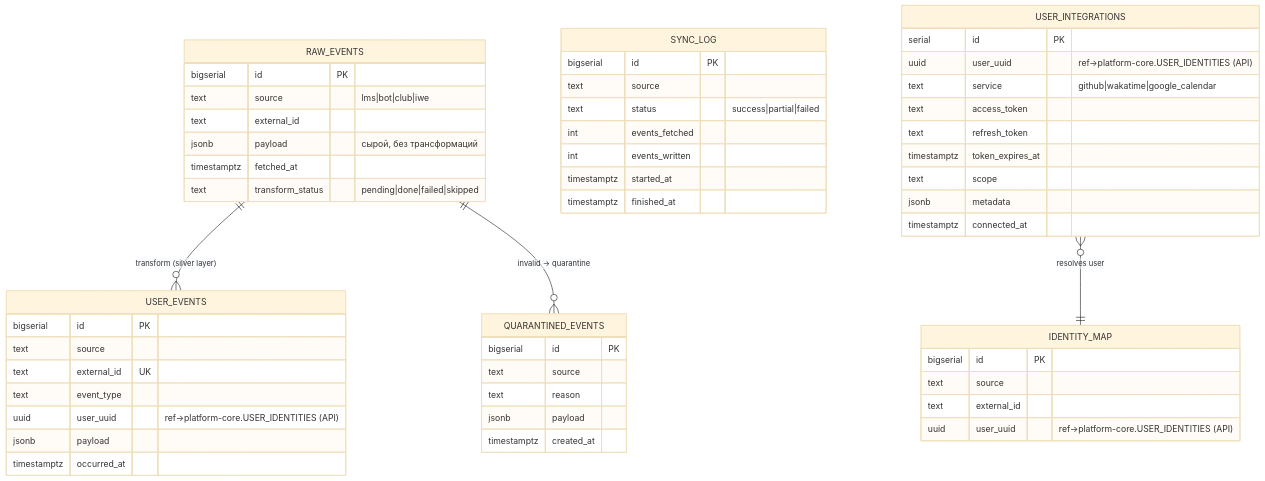
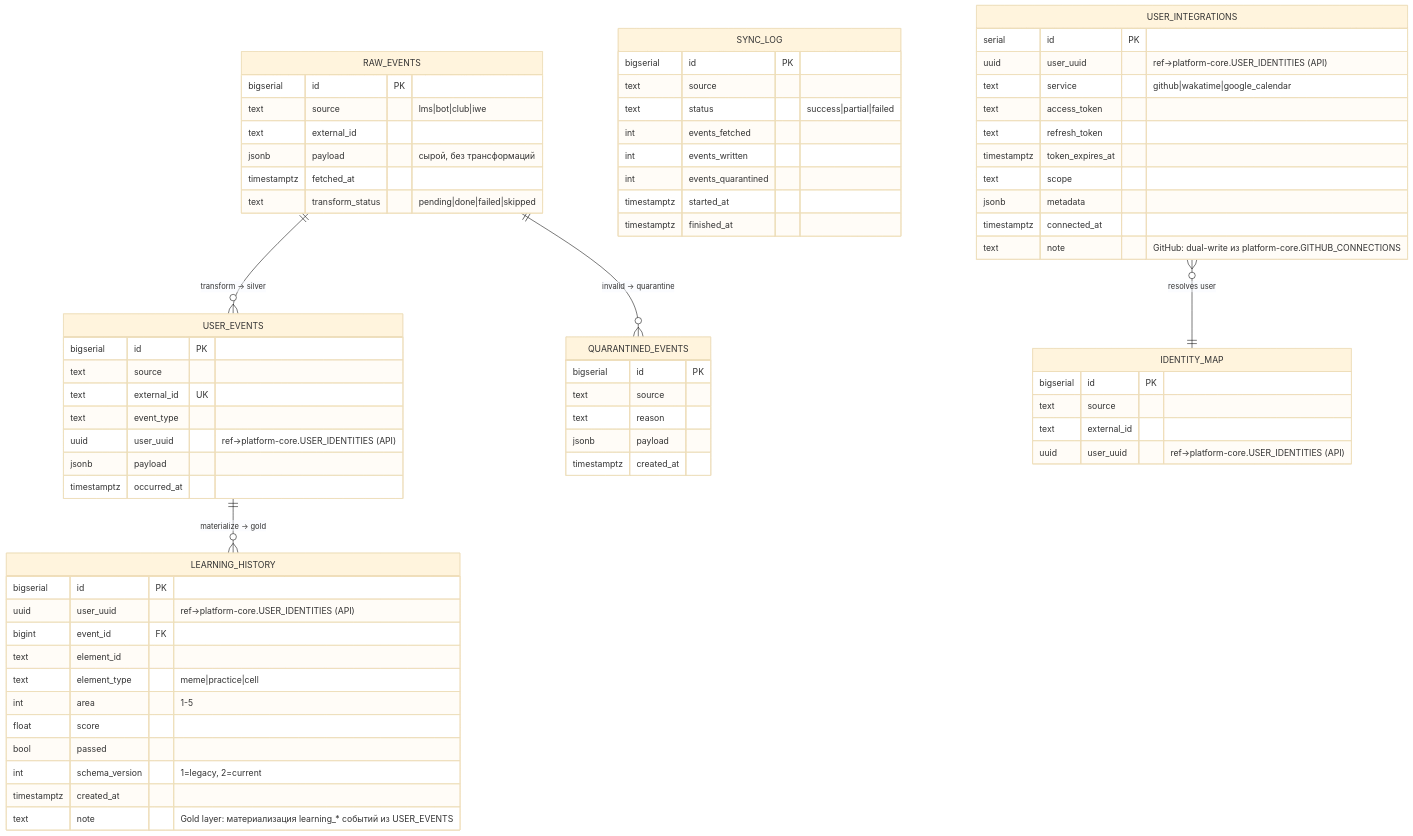
One commit to TserenTserenov/PACK-digital-platform changed the fifth of 8 diagrams in pack/digital-platform/02-domain-entities/DP.ARCH.004-neon-data-architecture.md. Above: the diagram before and after it, drawn with Mermaid (base theme). The commit also changed other lines of this file and 2 other files, not shown here.

First line of the commit message:
fix(dp.arch.004): resolve all review findings + add inter-db diagram

````diff
--- a/pack/digital-platform/02-domain-entities/DP.ARCH.004-neon-data-architecture.md
+++ b/pack/digital-platform/02-domain-entities/DP.ARCH.004-neon-data-architecture.md
@@ -297,62 +364,79 @@
 ```mermaid
 erDiagram
     RAW_EVENTS {
         bigserial   id              PK
         text        source          "lms|bot|club|iwe"
         text        external_id
         jsonb       payload         "сырой, без трансформаций"
         timestamptz fetched_at
         text        transform_status "pending|done|failed|skipped"
     }
 
     USER_EVENTS {
         bigserial   id              PK
         text        source
         text        external_id     UK
         text        event_type
         uuid        user_uuid       "ref→platform-core.USER_IDENTITIES (API)"
         jsonb       payload
         timestamptz occurred_at
+    }
+
+    LEARNING_HISTORY {
+        bigserial   id              PK
+        uuid        user_uuid       "ref→platform-core.USER_IDENTITIES (API)"
+        bigint      event_id        FK
+        text        element_id
+        text        element_type    "meme|practice|cell"
+        int         area            "1-5"
+        float       score
+        bool        passed
+        int         schema_version  "1=legacy, 2=current"
+        timestamptz created_at
+        text        note            "Gold layer: материализация learning_* событий из USER_EVENTS"
     }
 
     IDENTITY_MAP {
         bigserial   id              PK
         text        source
         text        external_id
         uuid        user_uuid       "ref→platform-core.USER_IDENTITIES (API)"
     }
 
     QUARANTINED_EVENTS {
         bigserial   id              PK
         text        source
         text        reason
         jsonb       payload
         timestamptz created_at
     }
 
     SYNC_LOG {
         bigserial   id              PK
         text        source
         text        status          "success|partial|failed"
         int         events_fetched
         int         events_written
+        int         events_quarantined
         timestamptz started_at
         timestamptz finished_at
     }
 
     USER_INTEGRATIONS {
         serial      id              PK
         uuid        user_uuid       "ref→platform-core.USER_IDENTITIES (API)"
         text        service         "github|wakatime|google_calendar"
         text        access_token
         text        refresh_token
         timestamptz token_expires_at
         text        scope
         jsonb       metadata
         timestamptz connected_at
+        text        note            "GitHub: dual-write из platform-core.GITHUB_CONNECTIONS"
     }
 
-    RAW_EVENTS ||--o{ USER_EVENTS : "transform (silver layer)"
+    RAW_EVENTS ||--o{ USER_EVENTS : "transform → silver"
+    USER_EVENTS ||--o{ LEARNING_HISTORY : "materialize → gold"
     RAW_EVENTS ||--o{ QUARANTINED_EVENTS : "invalid → quarantine"
     USER_INTEGRATIONS }o--|| IDENTITY_MAP : "resolves user"
 ```
````
